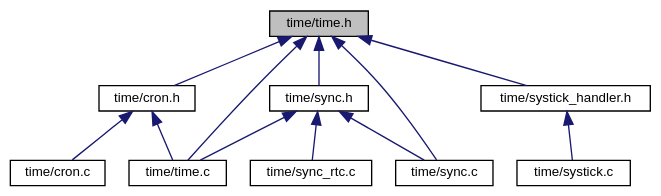
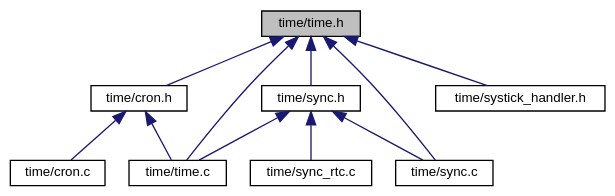
Before and after one commit to ebs-universe/piolib-time: the diagram in time_8h__dep__incl.dot, drawn with Graphviz. The commit also changed 42 other files, not shown here.

```diff
--- a/time_8h__dep__incl.dot
+++ b/time_8h__dep__incl.dot
@@ -1,28 +1,26 @@
 digraph "time/time.h"
 {
  // INTERACTIVE_SVG=YES
  // LATEX_PDF_SIZE
   bgcolor="transparent";
   edge [fontname="Helvetica",fontsize="10",labelfontname="Helvetica",labelfontsize="10"];
   node [fontname="Helvetica",fontsize="10",shape=record];
   Node1 [label="time/time.h",height=0.2,width=0.4,color="black", fillcolor="grey75", style="filled", fontcolor="black",tooltip="Time related functions for embebedded systems."];
   Node1 -> Node2 [dir="back",color="midnightblue",fontsize="10",style="solid",fontname="Helvetica"];
   Node2 [label="time/cron.h",height=0.2,width=0.4,color="black",URL="$cron_8h.html",tooltip="Cron-like scheduling framework for embebedded systems."];
   Node2 -> Node3 [dir="back",color="midnightblue",fontsize="10",style="solid",fontname="Helvetica"];
   Node3 [label="time/cron.c",height=0.2,width=0.4,color="black",URL="$cron_8c.html",tooltip="Cron-like scheduling framework implementations."];
   Node2 -> Node4 [dir="back",color="midnightblue",fontsize="10",style="solid",fontname="Helvetica"];
   Node4 [label="time/time.c",height=0.2,width=0.4,color="black",URL="$time_8c.html",tooltip="Time related function implementations."];
   Node1 -> Node5 [dir="back",color="midnightblue",fontsize="10",style="solid",fontname="Helvetica"];
   Node5 [label="time/sync.c",height=0.2,width=0.4,color="black",URL="$sync_8c.html",tooltip="Time synchonization function implementation."];
   Node1 -> Node6 [dir="back",color="midnightblue",fontsize="10",style="solid",fontname="Helvetica"];
   Node6 [label="time/sync.h",height=0.2,width=0.4,color="black",URL="$sync_8h.html",tooltip="Time synchonization functions for embebedded systems."];
   Node6 -> Node5 [dir="back",color="midnightblue",fontsize="10",style="solid",fontname="Helvetica"];
   Node6 -> Node7 [dir="back",color="midnightblue",fontsize="10",style="solid",fontname="Helvetica"];
   Node7 [label="time/sync_rtc.c",height=0.2,width=0.4,color="black",URL="$sync__rtc_8c_source.html",tooltip=" "];
   Node6 -> Node4 [dir="back",color="midnightblue",fontsize="10",style="solid",fontname="Helvetica"];
   Node1 -> Node8 [dir="back",color="midnightblue",fontsize="10",style="solid",fontname="Helvetica"];
   Node8 [label="time/systick_handler.h",height=0.2,width=0.4,color="black",URL="$systick__handler_8h.html",tooltip="Interrupt handler for the system tick for static inclusion in the application."];
-  Node8 -> Node9 [dir="back",color="midnightblue",fontsize="10",style="solid",fontname="Helvetica"];
-  Node9 [label="time/systick.c",height=0.2,width=0.4,color="black",URL="$systick_8c_source.html",tooltip=" "];
   Node1 -> Node4 [dir="back",color="midnightblue",fontsize="10",style="solid",fontname="Helvetica"];
 }
```
